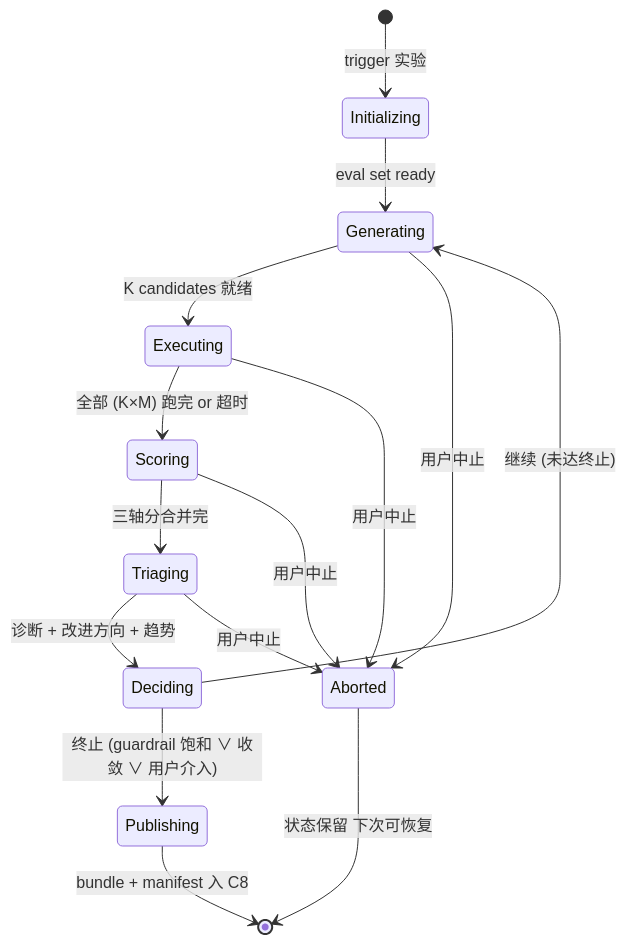
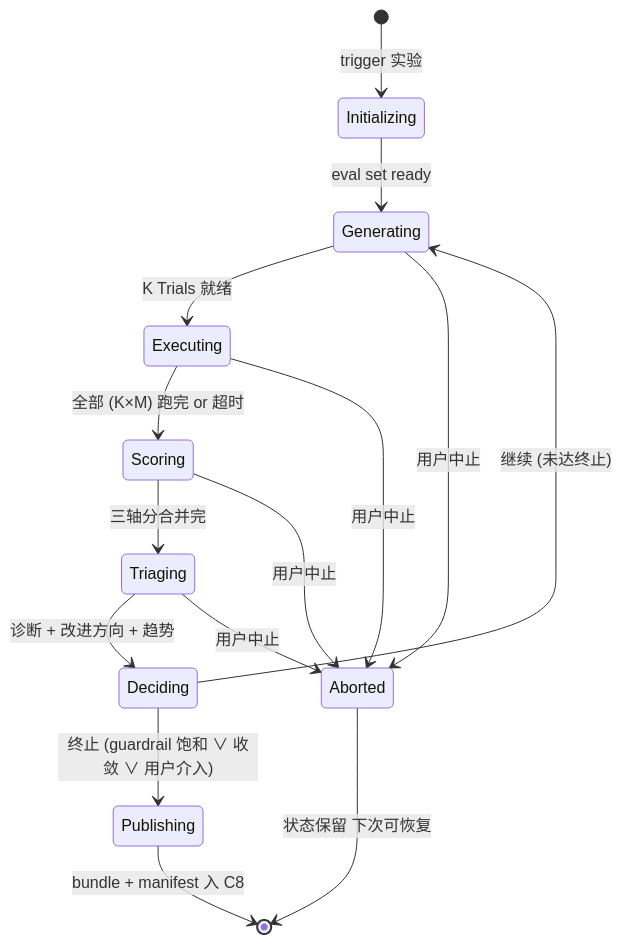
Before and after one commit to xforce-io/plan-traceai: the third of 4 diagrams in vision/trace-ai-continuous-learning-design.md, drawn with Mermaid. The commit also changed other lines of this file and 1 other file, not shown here.

````diff
--- a/vision/trace-ai-continuous-learning-design.md
+++ b/vision/trace-ai-continuous-learning-design.md
@@ -628,20 +578,20 @@
 ```mermaid
 stateDiagram
     [*] --> Initializing: trigger 实验
     Initializing --> Generating: eval set ready
-    Generating --> Executing: K candidates 就绪
+    Generating --> Executing: K Trials 就绪
     Executing --> Scoring: 全部 (K×M) 跑完 or 超时
     Scoring --> Triaging: 三轴分合并完
     Triaging --> Deciding: 诊断 + 改进方向 + 趋势
 
     Deciding --> Generating: 继续 (未达终止)
     Deciding --> Publishing: 终止 (guardrail 饱和 ∨ 收敛 ∨ 用户介入)
 
     Publishing --> [*]: bundle + manifest 入 C8
 
     Generating --> Aborted: 用户中止
     Executing --> Aborted: 用户中止
     Scoring --> Aborted: 用户中止
     Triaging --> Aborted: 用户中止
     Aborted --> [*]: 状态保留 下次可恢复
 ```
````
